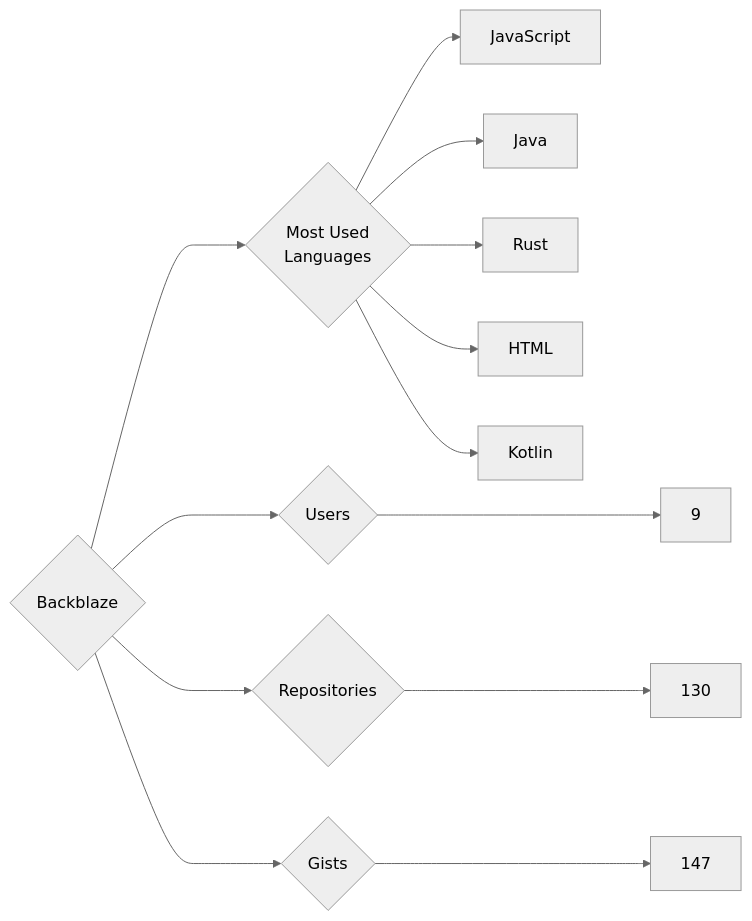
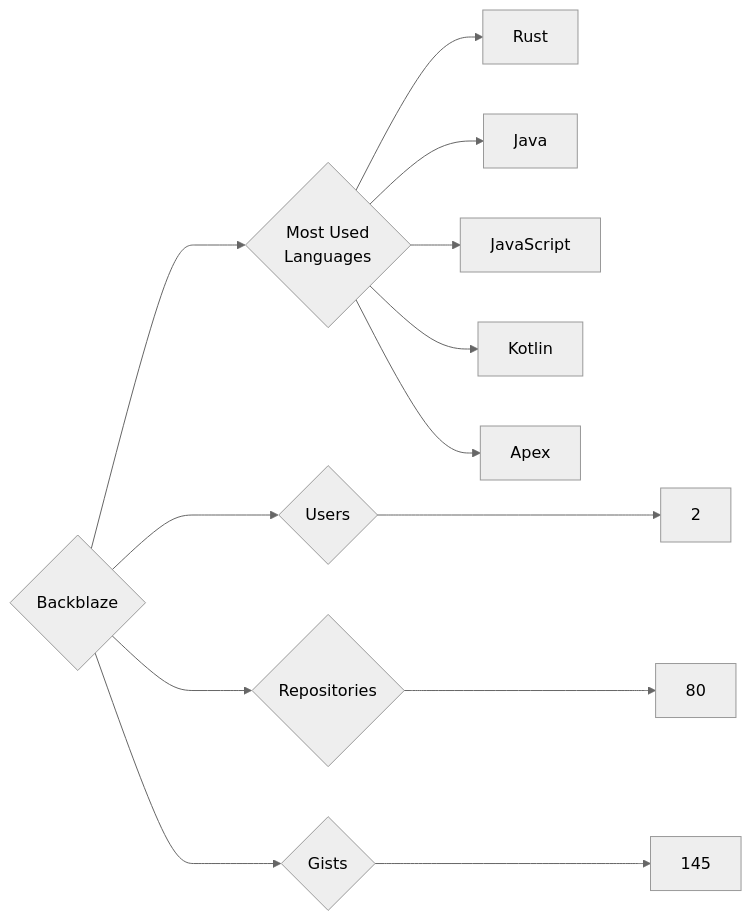
The diagram in targets/Backblaze/README.md (trickest/insiders), drawn with Mermaid (neutral theme) before and after one commit. The commit also changed 860 other files, not shown here.

````diff
--- a/targets/Backblaze/README.md
+++ b/targets/Backblaze/README.md
@@ -3,13 +3,13 @@
 ```mermaid
 graph LR
 COMPANY_NAME{Backblaze}
-COMPANY_NAME ---> U{Users} ---> UN[9]
-COMPANY_NAME ---> R{Repositories} ---> RN[130]
-COMPANY_NAME ---> G{Gists} ---> GN[147]
+COMPANY_NAME ---> U{Users} ---> UN[2]
+COMPANY_NAME ---> R{Repositories} ---> RN[80]
+COMPANY_NAME ---> G{Gists} ---> GN[145]
 COMPANY_NAME ---> ML{Most Used<br>Languages}
+ML --> Rust[Rust]
+ML --> Java[Java]
 ML --> JavaScript[JavaScript]
-ML --> Java[Java]
-ML --> Rust[Rust]
-ML --> HTML[HTML]
 ML --> Kotlin[Kotlin]
+ML --> Apex[Apex]
 ```
````
